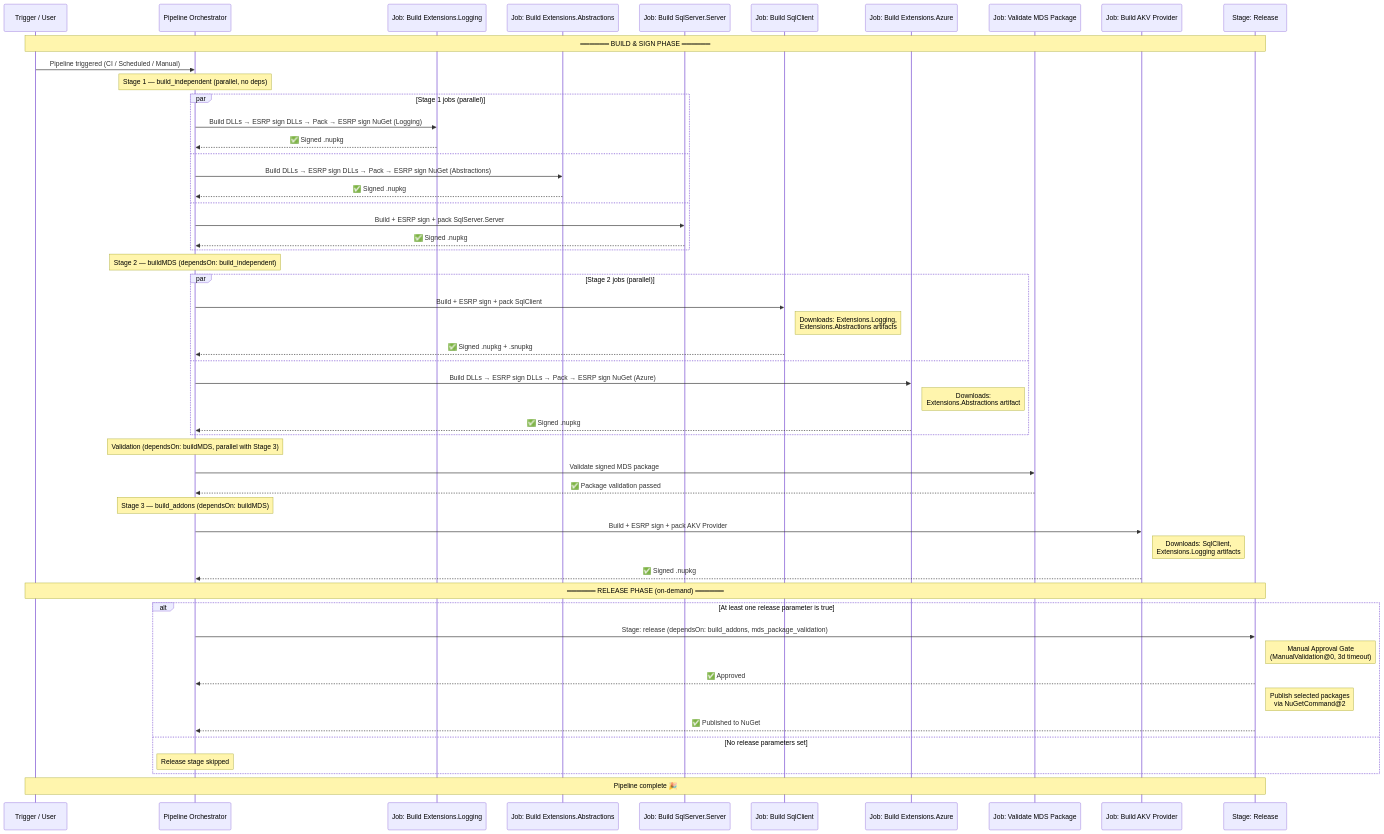
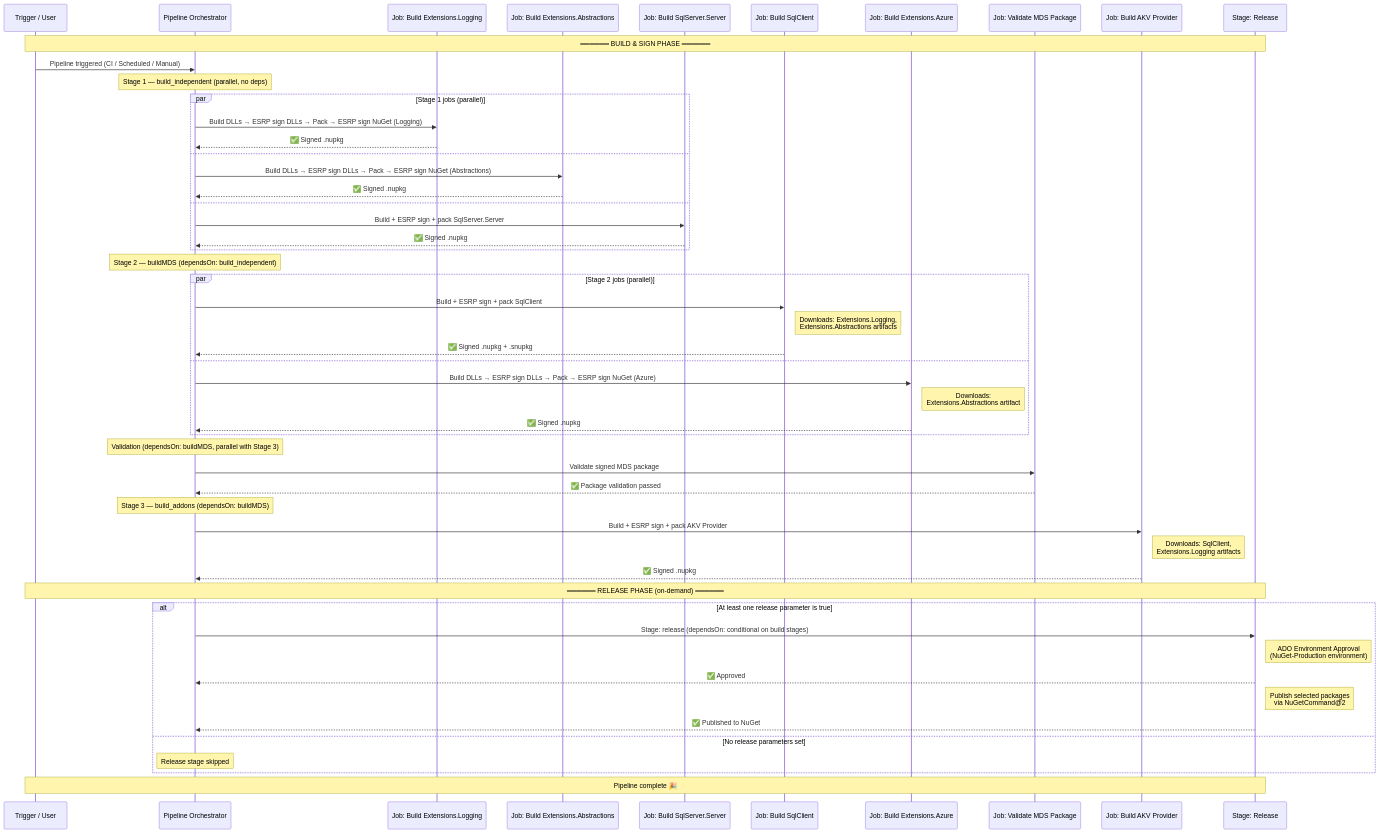
One commit to dotnet/SqlClient changed the diagram in .github/instructions/onebranch-pipeline-design.instructions.md. Above: the diagram before and after it, drawn with Mermaid. The commit also changed other lines of this file and 2 other files, not shown here.

````diff
--- a/.github/instructions/onebranch-pipeline-design.instructions.md
+++ b/.github/instructions/onebranch-pipeline-design.instructions.md
@@ -36,67 +36,67 @@
 ```mermaid
 sequenceDiagram
     participant T as Trigger / User
     participant P as Pipeline Orchestrator
     participant B1a as Job: Build Extensions.Logging
     participant B1b as Job: Build Extensions.Abstractions
     participant B1c as Job: Build SqlServer.Server
     participant B2a as Job: Build SqlClient
     participant B2b as Job: Build Extensions.Azure
     participant V as Job: Validate MDS Package
     participant B3 as Job: Build AKV Provider
     participant R as Stage: Release
 
     Note over T,R: ══════ BUILD & SIGN PHASE ══════
 
     T->>P: Pipeline triggered (CI / Scheduled / Manual)
 
     Note over P: Stage 1 — build_independent (parallel, no deps)
 
     par Stage 1 jobs (parallel)
         P->>B1a: Build DLLs → ESRP sign DLLs → Pack → ESRP sign NuGet (Logging)
         B1a-->>P: ✅ Signed .nupkg
     and
         P->>B1b: Build DLLs → ESRP sign DLLs → Pack → ESRP sign NuGet (Abstractions)
         B1b-->>P: ✅ Signed .nupkg
     and
         P->>B1c: Build + ESRP sign + pack SqlServer.Server
         B1c-->>P: ✅ Signed .nupkg
     end
 
     Note over P: Stage 2 — buildMDS (dependsOn: build_independent)
 
     par Stage 2 jobs (parallel)
         P->>B2a: Build + ESRP sign + pack SqlClient
         Note right of B2a: Downloads: Extensions.Logging,<br/>Extensions.Abstractions artifacts
         B2a-->>P: ✅ Signed .nupkg + .snupkg
     and
         P->>B2b: Build DLLs → ESRP sign DLLs → Pack → ESRP sign NuGet (Azure)
         Note right of B2b: Downloads:<br/>Extensions.Abstractions artifact
         B2b-->>P: ✅ Signed .nupkg
     end
 
     Note over P: Validation (dependsOn: buildMDS, parallel with Stage 3)
 
     P->>V: Validate signed MDS package
     V-->>P: ✅ Package validation passed
 
     Note over P: Stage 3 — build_addons (dependsOn: buildMDS)
 
     P->>B3: Build + ESRP sign + pack AKV Provider
     Note right of B3: Downloads: SqlClient,<br/>Extensions.Logging artifacts
     B3-->>P: ✅ Signed .nupkg
 
     Note over T,R: ══════ RELEASE PHASE (on-demand) ══════
 
     alt At least one release parameter is true
-        P->>R: Stage: release (dependsOn: build_addons, mds_package_validation)
-        Note right of R: Manual Approval Gate<br/>(ManualValidation@0, 3d timeout)
+        P->>R: Stage: release (dependsOn: conditional on build stages)
+        Note right of R: ADO Environment Approval<br/>(NuGet-Production environment)
         R-->>P: ✅ Approved
         Note right of R: Publish selected packages<br/>via NuGetCommand@2
         R-->>P: ✅ Published to NuGet
     else No release parameters set
         Note over P: Release stage skipped
     end
 
     Note over T,R: Pipeline complete 🎉
 ```
````
